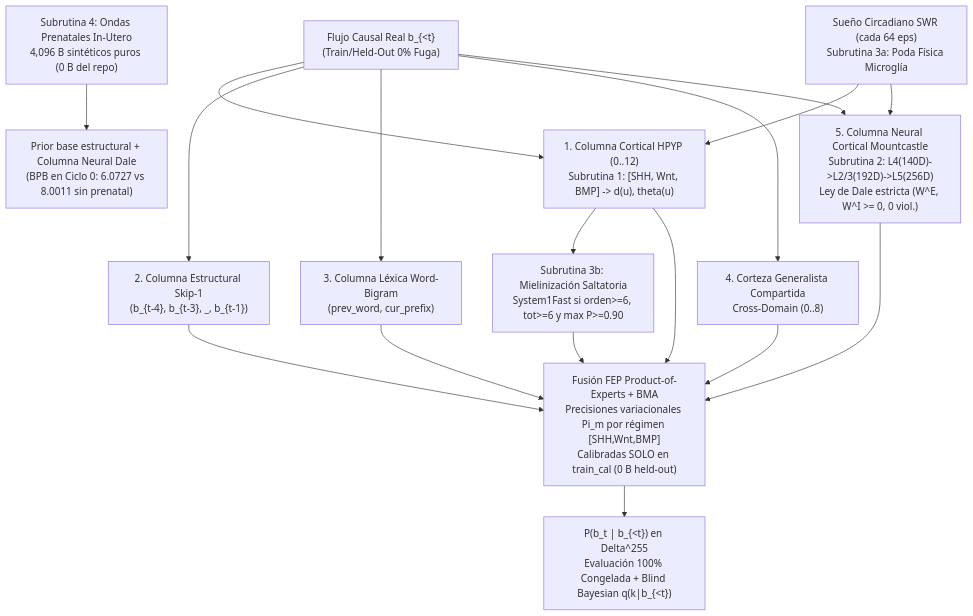
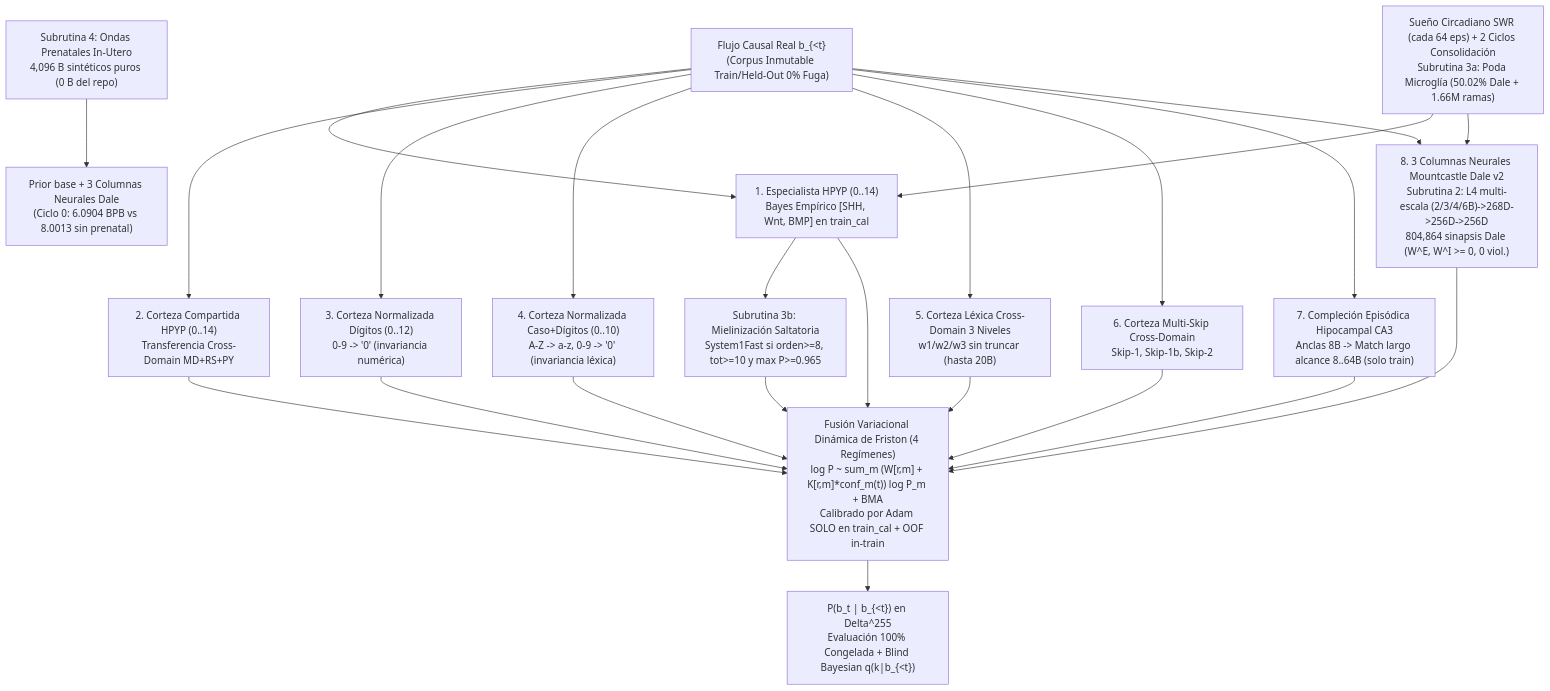
One commit to GerardoRosas-27/neuro-geometrica_multi-agente changed the diagram in docs/aura_v3/RESULTADOS_BPB_AURA_V3_FEP_MARCUS_V3.md. Above: the diagram before and after it, drawn with Mermaid. The commit also changed other lines of this file and 12 other files, not shown here.

Commit message:
perf(aura-v3-lm): upgrade Arm 2 v3 to 8-expert dynamic Friston cortex (1.5450 std / 1.6027 full BPB, -0.1939 vs B1)

````diff
--- a/docs/aura_v3/RESULTADOS_BPB_AURA_V3_FEP_MARCUS_V3.md
+++ b/docs/aura_v3/RESULTADOS_BPB_AURA_V3_FEP_MARCUS_V3.md
@@ -29,19 +30,25 @@
 ```mermaid
 flowchart TD
-    PRE["Subrutina 4: Ondas Prenatales In-Utero<br/>4,096 B sintéticos puros (0 B del repo)"] --> INIT["Prior base estructural + Columna Neural Dale<br/>(BPB en Ciclo 0: 6.0727 vs 8.0011 sin prenatal)"]
-    SEQ["Flujo Causal Real b_{&lt;t}<br/>(Train/Held-Out 0% Fuga)"] --> HPYP["1. Columna Cortical HPYP (0..12)<br/>Subrutina 1: [SHH, Wnt, BMP] -> d(u), theta(u)"]
-    SEQ --> SKIP["2. Columna Estructural Skip-1<br/>(b_{t-4}, b_{t-3}, _, b_{t-1})"]
-    SEQ --> WORD["3. Columna Léxica Word-Bigram<br/>(prev_word, cur_prefix)"]
-    SEQ --> SHARED["4. Corteza Generalista Compartida<br/>Cross-Domain (0..8)"]
-    SEQ --> DALE["5. Columna Neural Cortical Mountcastle<br/>Subrutina 2: L4(140D)->L2/3(192D)->L5(256D)<br/>Ley de Dale estricta (W^E, W^I >= 0, 0 viol.)"]
-    HPYP --> MYEL["Subrutina 3b: Mielinización Saltatoria<br/>System1Fast si orden>=6, tot>=6 y max P>=0.90"]
-    HPYP --> POE["Fusión FEP Product-of-Experts + BMA<br/>Precisiones variacionales Pi_m por régimen [SHH,Wnt,BMP]<br/>Calibradas SOLO en train_cal (0 B held-out)"]
-    SKIP --> POE
-    WORD --> POE
-    SHARED --> POE
+    PRE["Subrutina 4: Ondas Prenatales In-Utero<br/>4,096 B sintéticos puros (0 B del repo)"] --> INIT["Prior base + 3 Columnas Neurales Dale<br/>(Ciclo 0: 6.0904 BPB vs 8.0013 sin prenatal)"]
+    SEQ["Flujo Causal Real b_{&lt;t}<br/>(Corpus Inmutable Train/Held-Out 0% Fuga)"] --> SPEC["1. Especialista HPYP (0..14)<br/>Bayes Empírico [SHH, Wnt, BMP] en train_cal"]
+    SEQ --> SH["2. Corteza Compartida HPYP (0..14)<br/>Transferencia Cross-Domain MD+RS+PY"]
+    SEQ --> DN["3. Corteza Normalizada Dígitos (0..12)<br/>0-9 -> '0' (invariancia numérica)"]
+    SEQ --> CDN["4. Corteza Normalizada Caso+Dígitos (0..10)<br/>A-Z -> a-z, 0-9 -> '0' (invariancia léxica)"]
+    SEQ --> LEX["5. Corteza Léxica Cross-Domain 3 Niveles<br/>w1/w2/w3 sin truncar (hasta 20B)"]
+    SEQ --> SKP["6. Corteza Multi-Skip Cross-Domain<br/>Skip-1, Skip-1b, Skip-2"]
+    SEQ --> CA3["7. Compleción Episódica Hipocampal CA3<br/>Anclas 8B -> Match largo alcance 8..64B (solo train)"]
+    SEQ --> DALE["8. 3 Columnas Neurales Mountcastle Dale v2<br/>Subrutina 2: L4 multi-escala (2/3/4/6B)->268D->256D->256D<br/>804,864 sinapsis Dale (W^E, W^I >= 0, 0 viol.)"]
+    SPEC --> MYEL["Subrutina 3b: Mielinización Saltatoria<br/>System1Fast si orden>=8, tot>=10 y max P>=0.965"]
+    SPEC --> POE["Fusión Variacional Dinámica de Friston (4 Regímenes)<br/>log P ~ sum_m (W[r,m] + K[r,m]*conf_m(t)) log P_m + BMA<br/>Calibrado por Adam SOLO en train_cal + OOF in-train"]
+    SH --> POE
+    DN --> POE
+    CDN --> POE
+    LEX --> POE
+    SKP --> POE
+    CA3 --> POE
     DALE --> POE
     MYEL --> POE
     POE --> OUT["P(b_t | b_{&lt;t}) en Delta^255<br/>Evaluación 100% Congelada + Blind Bayesian q(k|b_{&lt;t})"]
-    SWR["Sueño Circadiano SWR (cada 64 eps)<br/>Subrutina 3a: Poda Física Microglía"] --> HPYP
+    SWR["Sueño Circadiano SWR (cada 64 eps) + 2 Ciclos Consolidación<br/>Subrutina 3a: Poda Microglía (50.02% Dale + 1.66M ramas)"] --> SPEC
     SWR --> DALE
 ```
````
